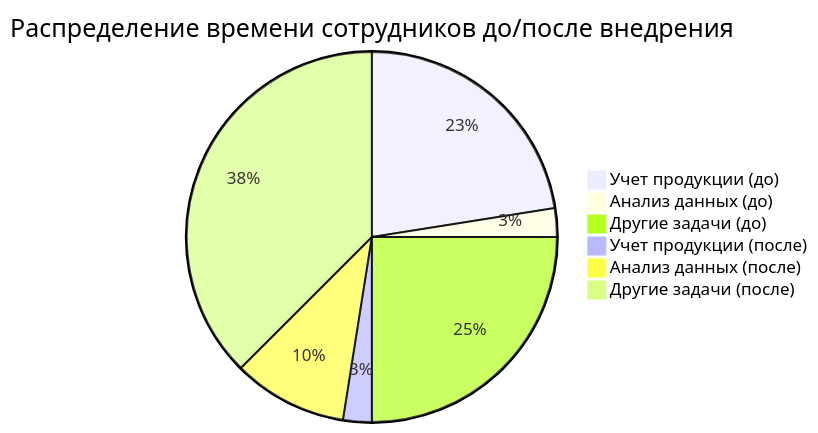
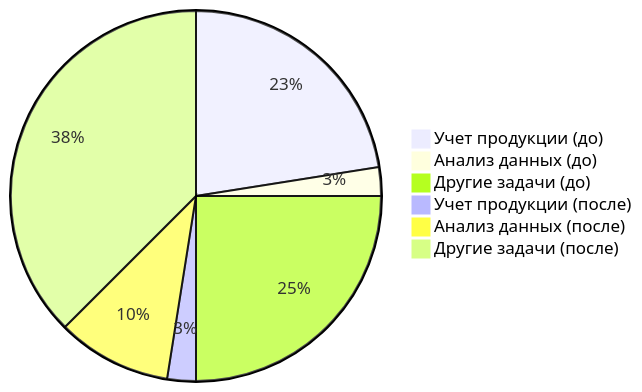
The third of 8 diagrams in README.md (Duoksi/CV-bakery-accounting-system), drawn with Mermaid before and after one commit. The commit also changed other lines of this file, not shown here.

````diff
--- a/README.md
+++ b/README.md
@@ -195,9 +196,9 @@
 ```mermaid
-pie title Распределение времени сотрудников до/после внедрения
+pie title 
     "Учет продукции (до)" : 45
     "Анализ данных (до)" : 5
     "Другие задачи (до)" : 50
     "Учет продукции (после)" : 5
     "Анализ данных (после)" : 20
     "Другие задачи (после)" : 75
 ```
````
